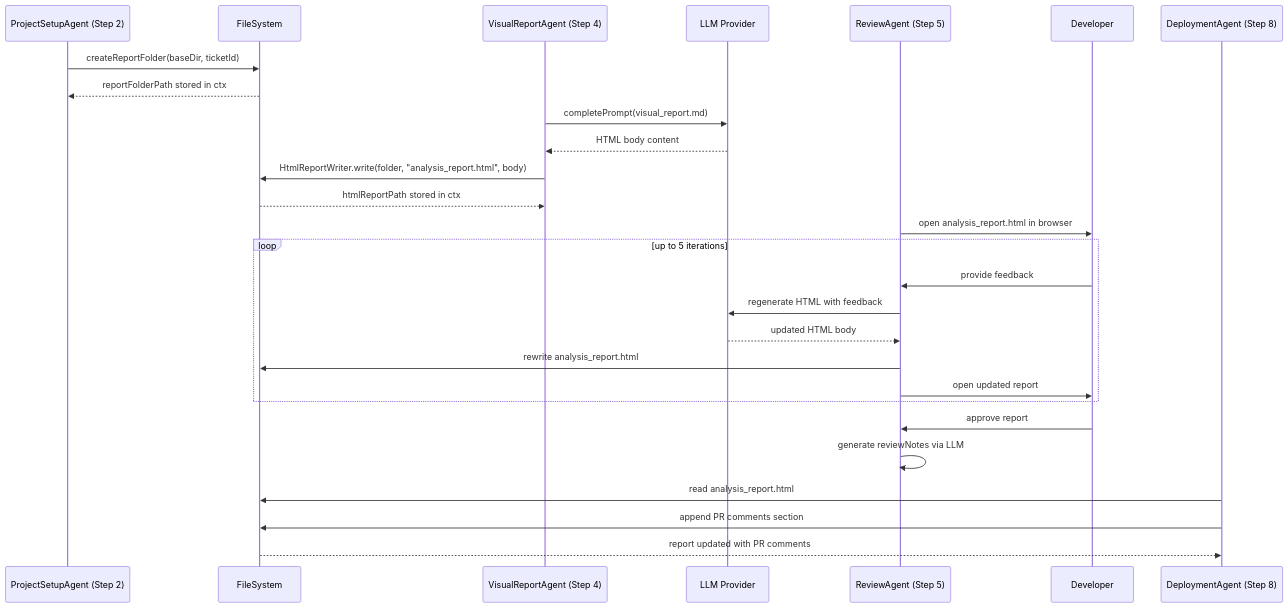
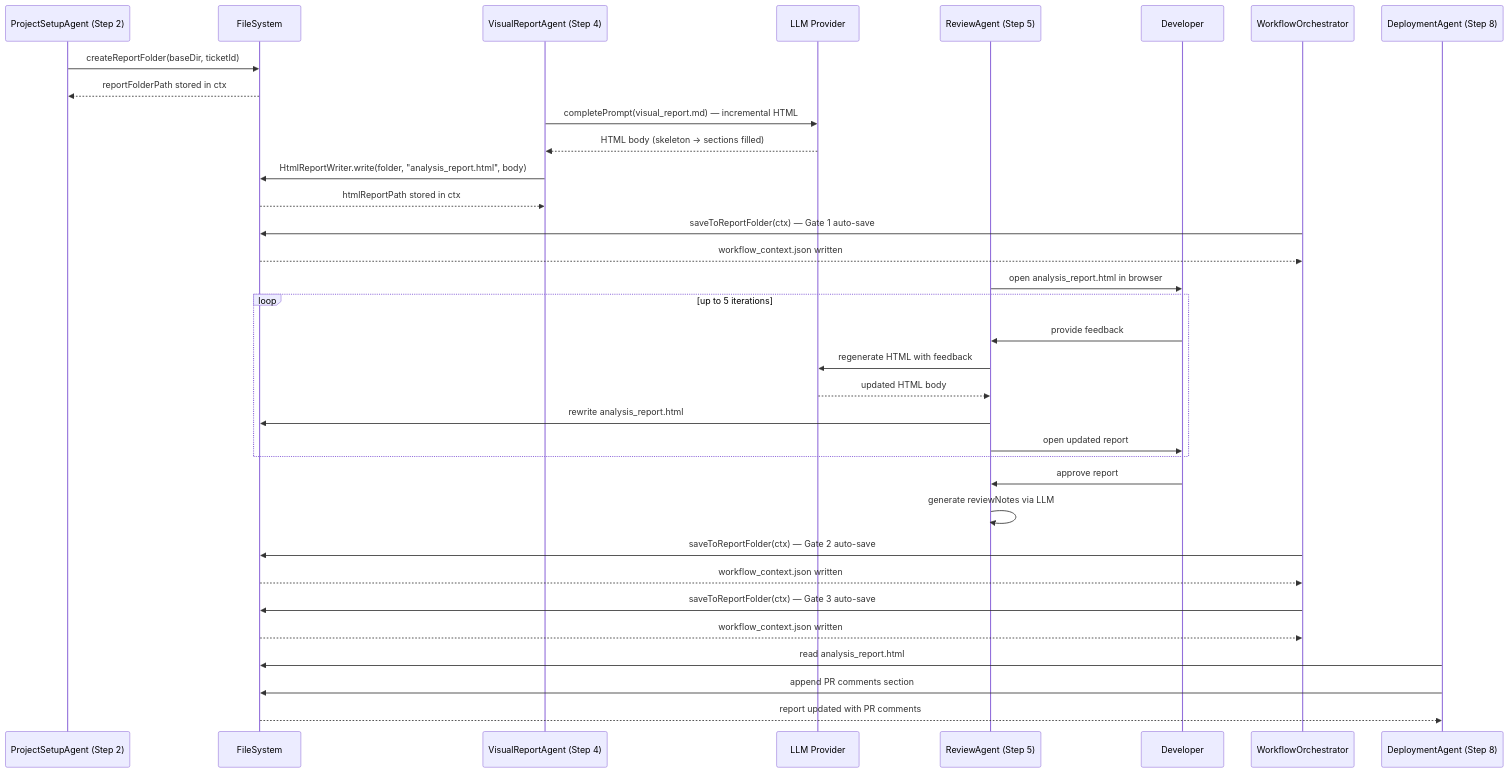
The seventh of 10 diagrams in AI Agents/setup/ARCHITECTURE.md (JAVA-MSDT/Epam-POC), drawn with Mermaid before and after one commit. The commit also changed other lines of this file and 2 other files, not shown here.

````diff
--- a/AI Agents/setup/ARCHITECTURE.md
+++ b/AI Agents/setup/ARCHITECTURE.md
@@ -330,33 +378,43 @@
 ```mermaid
 sequenceDiagram
     participant A2 as ProjectSetupAgent (Step 2)
     participant FS as FileSystem
     participant A4 as VisualReportAgent (Step 4)
     participant LLM as LLM Provider
     participant A5 as ReviewAgent (Step 5)
     participant Dev as Developer
+    participant Orch as WorkflowOrchestrator
     participant A8 as DeploymentAgent (Step 8)
 
     A2->>FS: createReportFolder(baseDir, ticketId)
     FS-->>A2: reportFolderPath stored in ctx
 
-    A4->>LLM: completePrompt(visual_report.md)
-    LLM-->>A4: HTML body content
+    A4->>LLM: completePrompt(visual_report.md) — incremental HTML
+    LLM-->>A4: HTML body (skeleton → sections filled)
     A4->>FS: HtmlReportWriter.write(folder, "analysis_report.html", body)
     FS-->>A4: htmlReportPath stored in ctx
+
+    Orch->>FS: saveToReportFolder(ctx) — Gate 1 auto-save
+    FS-->>Orch: workflow_context.json written
 
     A5->>Dev: open analysis_report.html in browser
     loop up to 5 iterations
         Dev->>A5: provide feedback
         A5->>LLM: regenerate HTML with feedback
         LLM-->>A5: updated HTML body
         A5->>FS: rewrite analysis_report.html
         A5->>Dev: open updated report
     end
     Dev->>A5: approve report
     A5->>A5: generate reviewNotes via LLM
 
+    Orch->>FS: saveToReportFolder(ctx) — Gate 2 auto-save
+    FS-->>Orch: workflow_context.json written
+
+    Orch->>FS: saveToReportFolder(ctx) — Gate 3 auto-save
+    FS-->>Orch: workflow_context.json written
+
     A8->>FS: read analysis_report.html
     A8->>FS: append PR comments section
     FS-->>A8: report updated with PR comments
 ```
````
